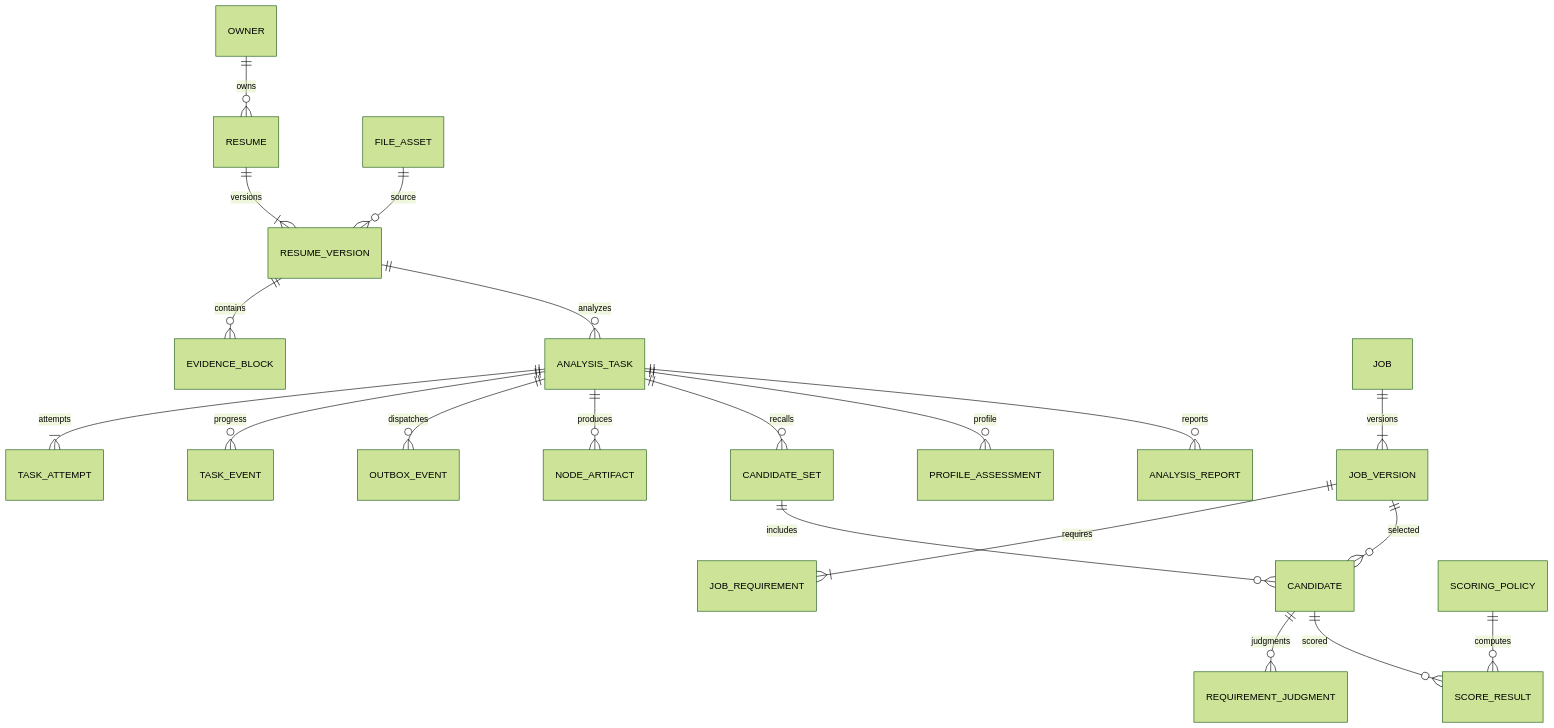
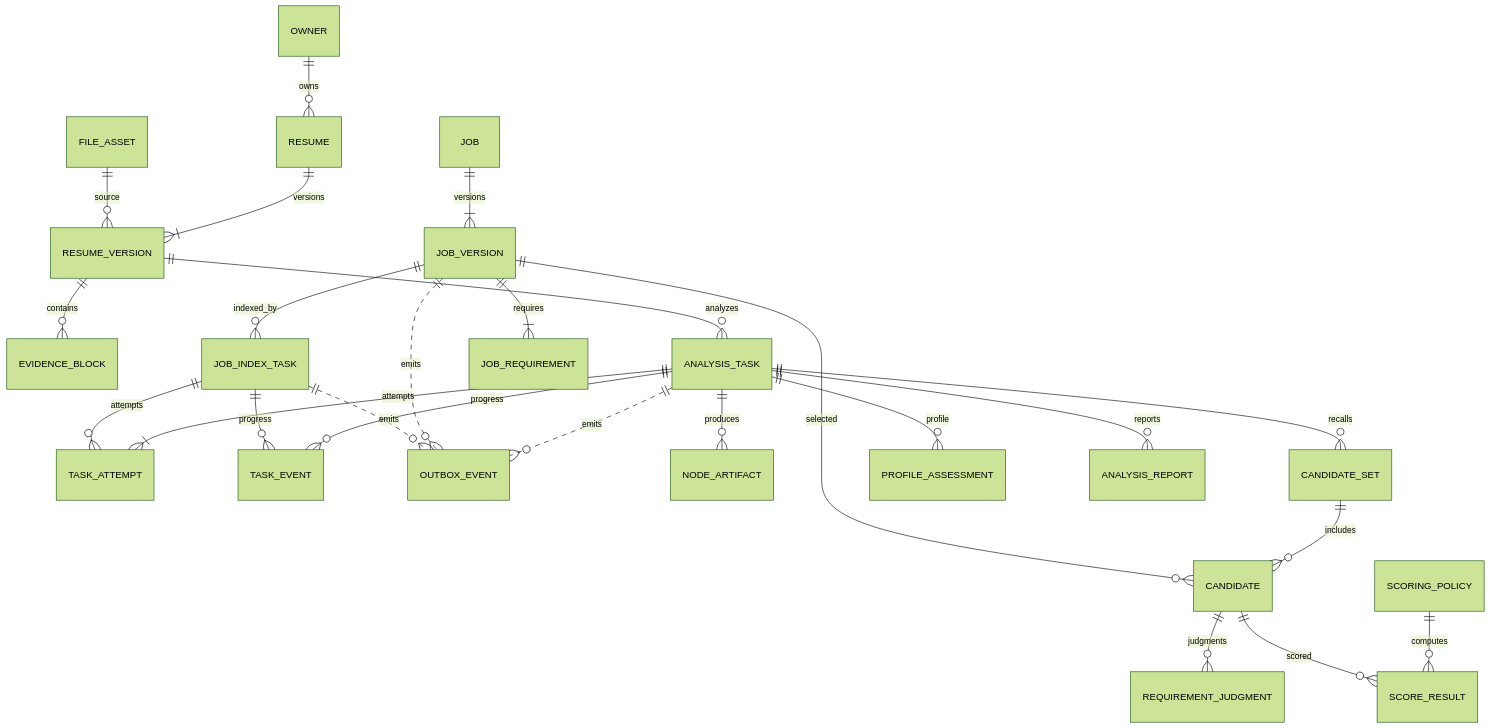
One commit to Mingan-X/Resume-Studio changed the fifth of 5 diagrams in docs/architecture.md. Above: the diagram before and after it, drawn with Mermaid (forest theme). The commit also changed other lines of this file and 10 other files, not shown here.

````diff
--- a/docs/architecture.md
+++ b/docs/architecture.md
@@ -225,22 +240,27 @@
 ```mermaid
 erDiagram
     OWNER ||--o{ RESUME : owns
     RESUME ||--|{ RESUME_VERSION : versions
     FILE_ASSET ||--o{ RESUME_VERSION : source
     RESUME_VERSION ||--o{ EVIDENCE_BLOCK : contains
     RESUME_VERSION ||--o{ ANALYSIS_TASK : analyzes
     ANALYSIS_TASK ||--|{ TASK_ATTEMPT : attempts
     ANALYSIS_TASK ||--o{ TASK_EVENT : progress
-    ANALYSIS_TASK ||--o{ OUTBOX_EVENT : dispatches
+    ANALYSIS_TASK ||..o{ OUTBOX_EVENT : emits
     ANALYSIS_TASK ||--o{ NODE_ARTIFACT : produces
     ANALYSIS_TASK ||--o{ CANDIDATE_SET : recalls
     JOB ||--|{ JOB_VERSION : versions
+    JOB_VERSION ||--o{ JOB_INDEX_TASK : indexed_by
+    JOB_VERSION ||..o{ OUTBOX_EVENT : emits
+    JOB_INDEX_TASK ||..o{ OUTBOX_EVENT : emits
+    JOB_INDEX_TASK ||--o{ TASK_ATTEMPT : attempts
+    JOB_INDEX_TASK ||--o{ TASK_EVENT : progress
     JOB_VERSION ||--|{ JOB_REQUIREMENT : requires
     CANDIDATE_SET ||--o{ CANDIDATE : includes
     JOB_VERSION ||--o{ CANDIDATE : selected
     ANALYSIS_TASK ||--o{ PROFILE_ASSESSMENT : profile
     CANDIDATE ||--o{ REQUIREMENT_JUDGMENT : judgments
     SCORING_POLICY ||--o{ SCORE_RESULT : computes
     CANDIDATE ||--o{ SCORE_RESULT : scored
     ANALYSIS_TASK ||--o{ ANALYSIS_REPORT : reports
 ```
````
